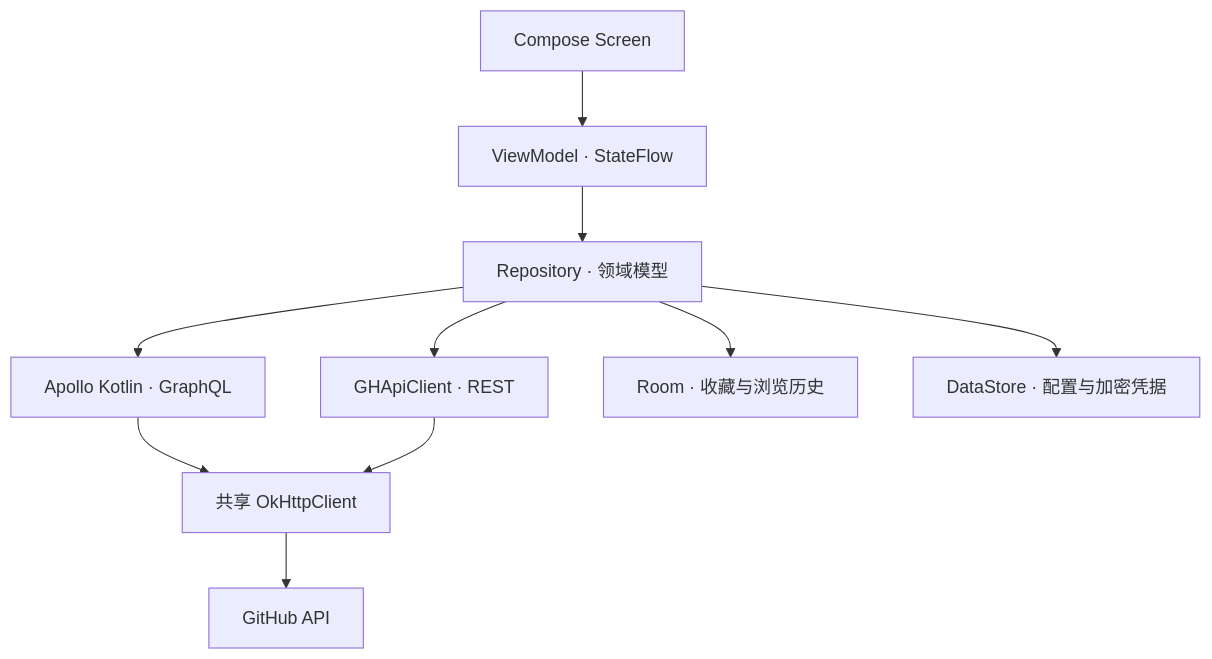
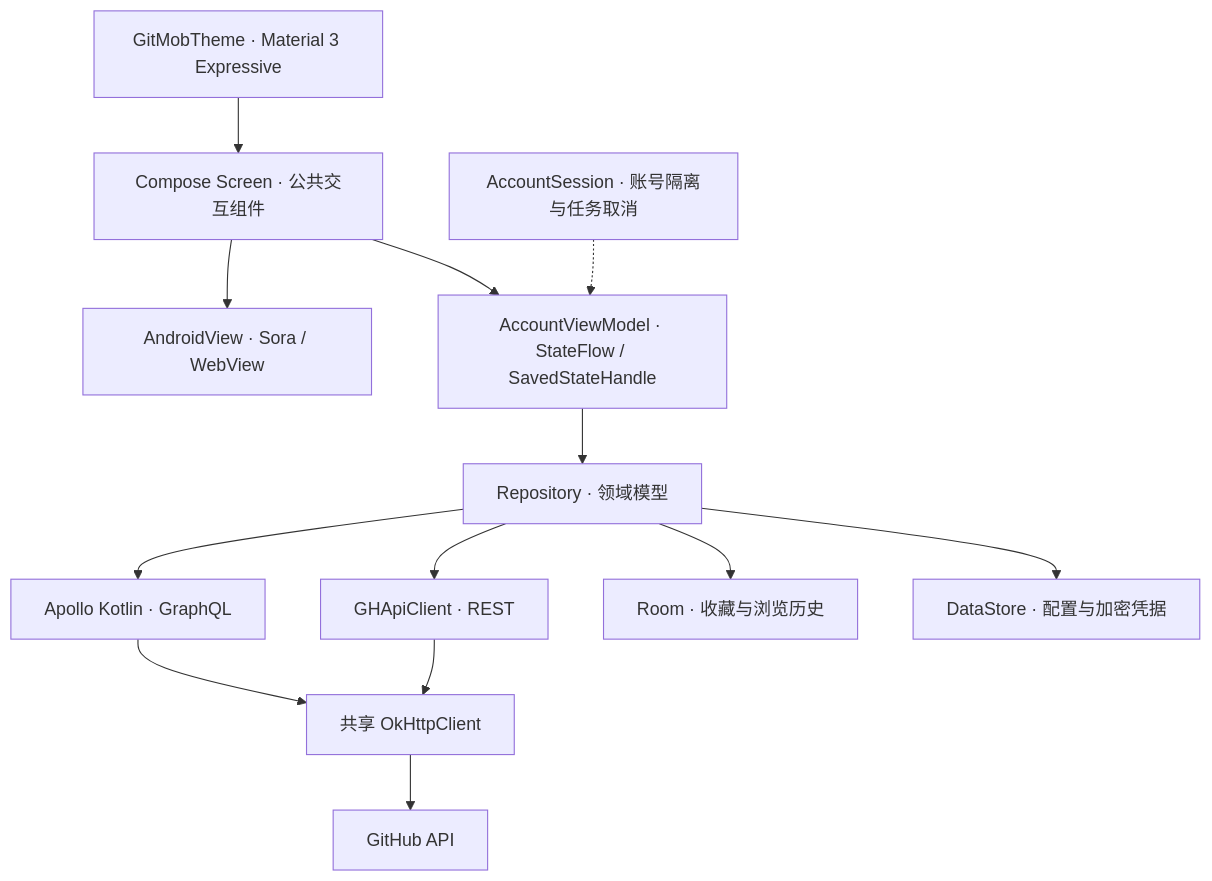
One commit to xiaobaiweinuli/GitMob-Android changed the first of 2 diagrams in README.md. Above: the diagram before and after it, drawn with Mermaid. The commit also changed other lines of this file and 133 other files, not shown here.

First line of the commit message:
feat(ui): 统一 Material 3 Expressive 交互并完善文档与许可证

````diff
--- a/README.md
+++ b/README.md
@@ -124,22 +127,28 @@
 ```mermaid
 flowchart TD
-    UI["Compose Screen"]
-    VM["ViewModel · StateFlow"]
+    THEME["GitMobTheme · Material 3 Expressive"]
+    UI["Compose Screen · 公共交互组件"]
+    EDITOR["AndroidView · Sora / WebView"]
+    VM["AccountViewModel · StateFlow / SavedStateHandle"]
+    SESSION["AccountSession · 账号隔离与任务取消"]
     REPO["Repository · 领域模型"]
     APOLLO["Apollo Kotlin · GraphQL"]
     REST["GHApiClient · REST"]
     HTTP["共享 OkHttpClient"]
     API["GitHub API"]
     ROOM["Room · 收藏与浏览历史"]
     STORE["DataStore · 配置与加密凭据"]
 
+    THEME --> UI
+    UI --> EDITOR
     UI --> VM
+    SESSION -.-> VM
     VM --> REPO
     REPO --> APOLLO
     REPO --> REST
     APOLLO --> HTTP
     REST --> HTTP
     HTTP --> API
     REPO --> ROOM
     REPO --> STORE
 ```
````
